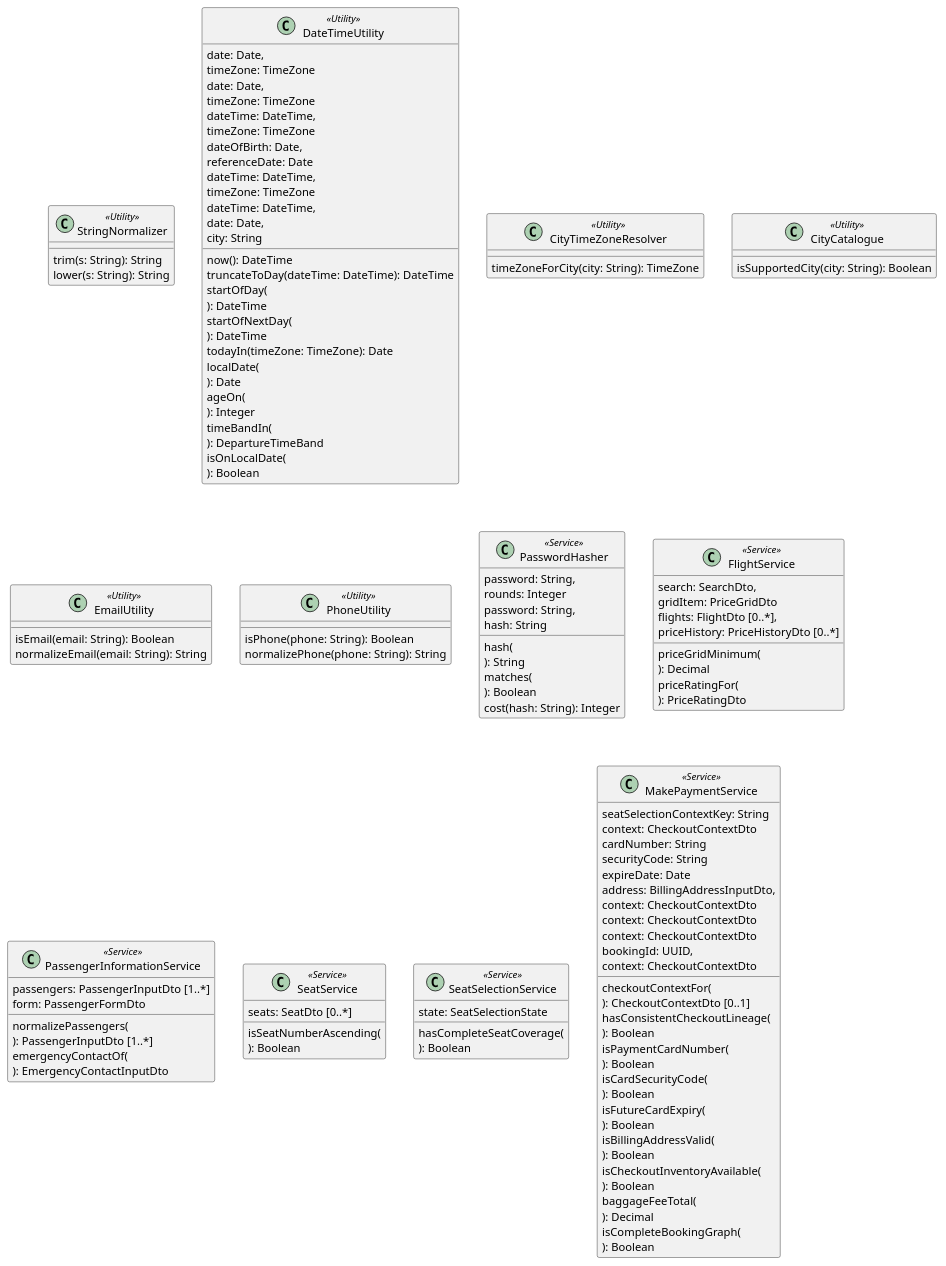
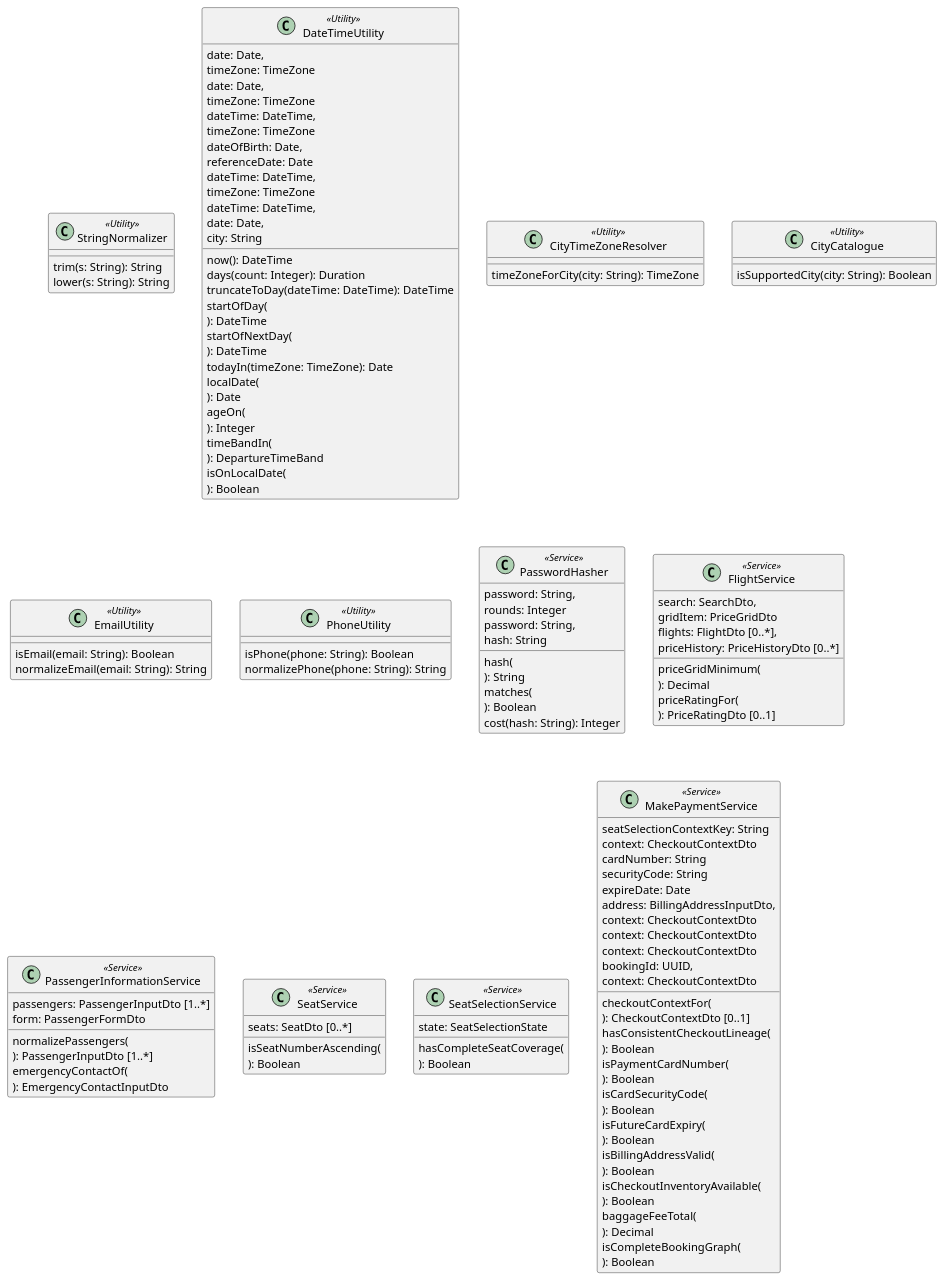
Before and after one commit to khanhNguyenHong2311/VT-TripmaSpecification: the diagram in 01-inception/OCL-UTILITY-DEFINITIONS.md, drawn with PlantUML. The commit also changed other lines of this file and 16 other files, not shown here.

```diff
--- a/01-inception/OCL-UTILITY-DEFINITIONS.md
+++ b/01-inception/OCL-UTILITY-DEFINITIONS.md
@@ -73,6 +74,7 @@
 
 class DateTimeUtility <<Utility>> {
   now(): DateTime
+  days(count: Integer): Duration
   truncateToDay(dateTime: DateTime): DateTime
   startOfDay(
     date: Date,
@@ -140,7 +142,7 @@
   priceRatingFor(
     flights: FlightDto [0..*],
     priceHistory: PriceHistoryDto [0..*]
-  ): PriceRatingDto
+  ): PriceRatingDto [0..1]
 }
 
 class PassengerInformationService <<Service>> {
```
